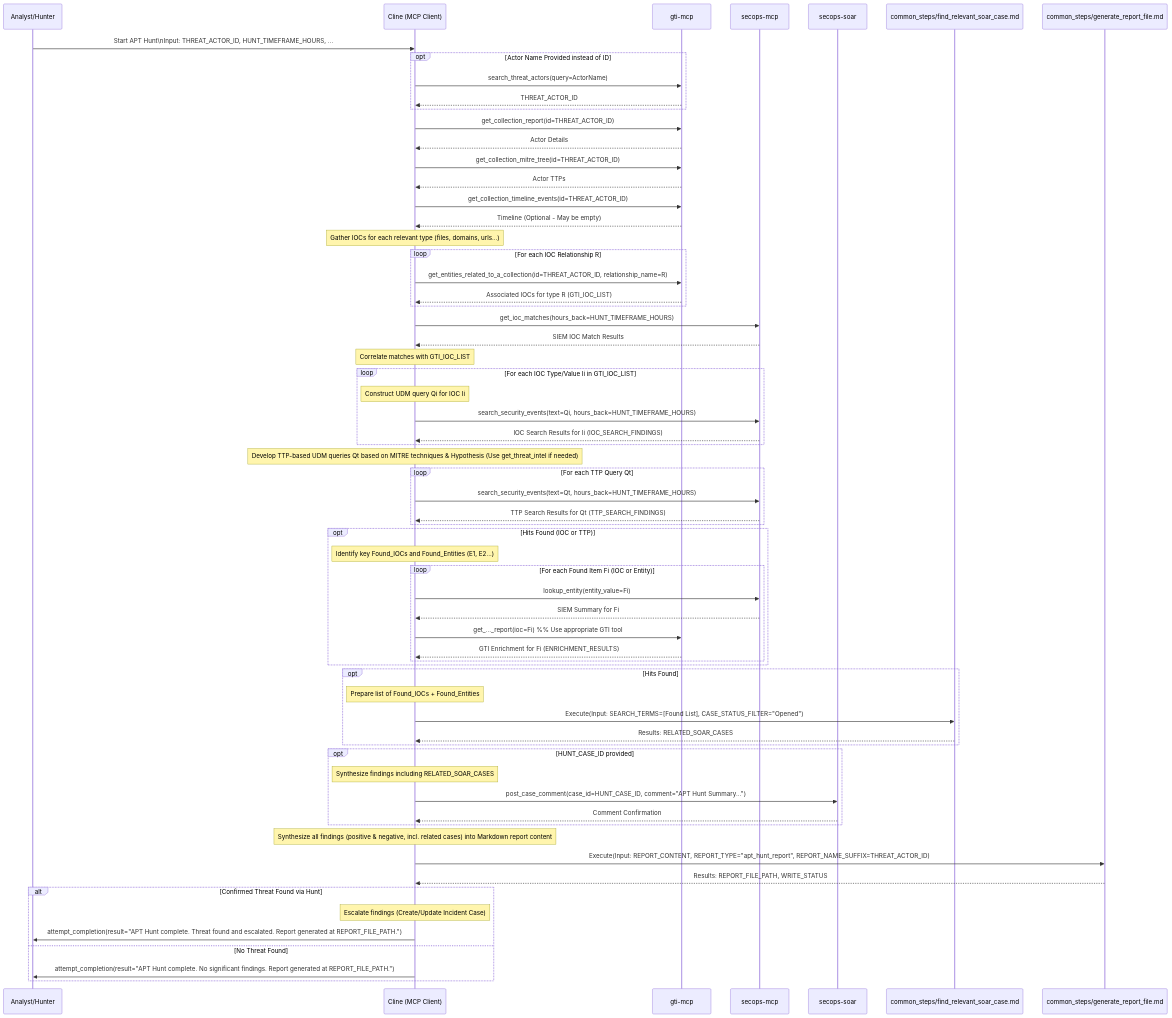
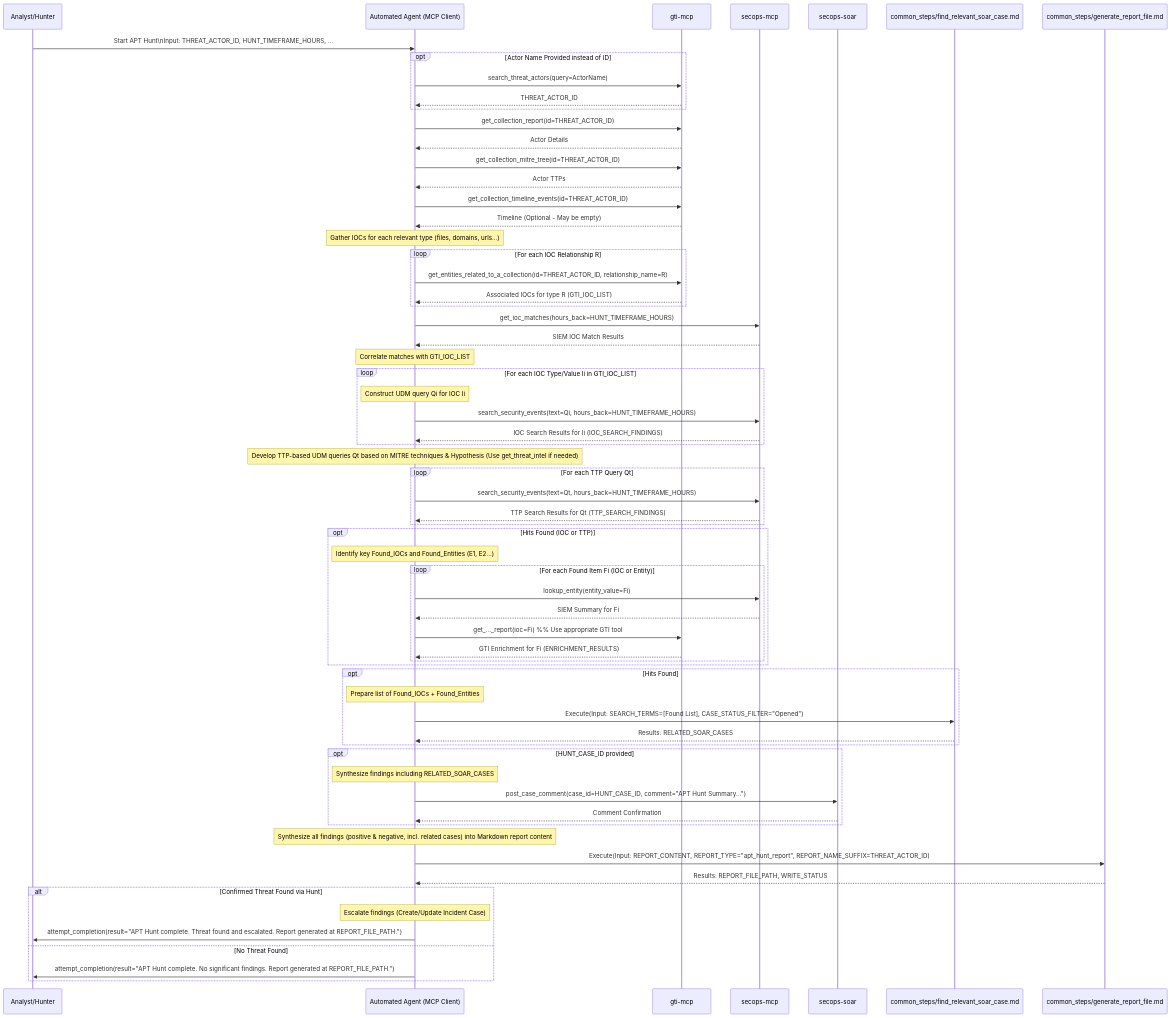
The diagram in rules-bank/run_books/apt_threat_hunt.md (dandye/adk_runbooks), drawn with Mermaid before and after one commit. The commit also changed other lines of this file and 42 other files, not shown here.

````diff
--- a/rules-bank/run_books/apt_threat_hunt.md
+++ b/rules-bank/run_books/apt_threat_hunt.md
@@ -78,86 +78,86 @@
 ```{mermaid}
 sequenceDiagram
     participant Analyst/Hunter
-    participant Cline as Cline (MCP Client)
+    participant AutomatedAgent as Automated Agent (MCP Client)
     participant GTI as gti-mcp
     participant SIEM as secops-mcp
     participant SOAR as secops-soar
     participant FindCase as common_steps/find_relevant_soar_case.md
     participant GenerateReport as common_steps/generate_report_file.md
 
-    Analyst/Hunter->>Cline: Start APT Hunt\nInput: THREAT_ACTOR_ID, HUNT_TIMEFRAME_HOURS, ...
+    Analyst/Hunter->>AutomatedAgent: Start APT Hunt\nInput: THREAT_ACTOR_ID, HUNT_TIMEFRAME_HOURS, ...
 
     %% Step 1: Intelligence Gathering
     opt Actor Name Provided instead of ID
-        Cline->>GTI: search_threat_actors(query=ActorName)
-        GTI-->>Cline: THREAT_ACTOR_ID
+        AutomatedAgent->>GTI: search_threat_actors(query=ActorName)
+        GTI-->>AutomatedAgent: THREAT_ACTOR_ID
     end
-    Cline->>GTI: get_collection_report(id=THREAT_ACTOR_ID)
-    GTI-->>Cline: Actor Details
-    Cline->>GTI: get_collection_mitre_tree(id=THREAT_ACTOR_ID)
-    GTI-->>Cline: Actor TTPs
-    Cline->>GTI: get_collection_timeline_events(id=THREAT_ACTOR_ID)
-    GTI-->>Cline: Timeline (Optional - May be empty)
-    Note over Cline: Gather IOCs for each relevant type (files, domains, urls...)
+    AutomatedAgent->>GTI: get_collection_report(id=THREAT_ACTOR_ID)
+    GTI-->>AutomatedAgent: Actor Details
+    AutomatedAgent->>GTI: get_collection_mitre_tree(id=THREAT_ACTOR_ID)
+    GTI-->>AutomatedAgent: Actor TTPs
+    AutomatedAgent->>GTI: get_collection_timeline_events(id=THREAT_ACTOR_ID)
+    GTI-->>AutomatedAgent: Timeline (Optional - May be empty)
+    Note over AutomatedAgent: Gather IOCs for each relevant type (files, domains, urls...)
     loop For each IOC Relationship R
-        Cline->>GTI: get_entities_related_to_a_collection(id=THREAT_ACTOR_ID, relationship_name=R)
-        GTI-->>Cline: Associated IOCs for type R (GTI_IOC_LIST)
+        AutomatedAgent->>GTI: get_entities_related_to_a_collection(id=THREAT_ACTOR_ID, relationship_name=R)
+        GTI-->>AutomatedAgent: Associated IOCs for type R (GTI_IOC_LIST)
     end
 
     %% Step 2: Check SIEM IOC Matches
-    Cline->>SIEM: get_ioc_matches(hours_back=HUNT_TIMEFRAME_HOURS)
-    SIEM-->>Cline: SIEM IOC Match Results
-    Note over Cline: Correlate matches with GTI_IOC_LIST
+    AutomatedAgent->>SIEM: get_ioc_matches(hours_back=HUNT_TIMEFRAME_HOURS)
+    SIEM-->>AutomatedAgent: SIEM IOC Match Results
+    Note over AutomatedAgent: Correlate matches with GTI_IOC_LIST
 
     %% Step 3: IOC-Based Search (SIEM)
     loop For each IOC Type/Value Ii in GTI_IOC_LIST
-        Note over Cline: Construct UDM query Qi for IOC Ii
-        Cline->>SIEM: search_security_events(text=Qi, hours_back=HUNT_TIMEFRAME_HOURS)
-        SIEM-->>Cline: IOC Search Results for Ii (IOC_SEARCH_FINDINGS)
+        Note over AutomatedAgent: Construct UDM query Qi for IOC Ii
+        AutomatedAgent->>SIEM: search_security_events(text=Qi, hours_back=HUNT_TIMEFRAME_HOURS)
+        SIEM-->>AutomatedAgent: IOC Search Results for Ii (IOC_SEARCH_FINDINGS)
     end
 
     %% Step 4: TTP-Based Search (SIEM)
-    Note over Cline: Develop TTP-based UDM queries Qt based on MITRE techniques & Hypothesis (Use get_threat_intel if needed)
+    Note over AutomatedAgent: Develop TTP-based UDM queries Qt based on MITRE techniques & Hypothesis (Use get_threat_intel if needed)
     loop For each TTP Query Qt
-        Cline->>SIEM: search_security_events(text=Qt, hours_back=HUNT_TIMEFRAME_HOURS)
-        SIEM-->>Cline: TTP Search Results for Qt (TTP_SEARCH_FINDINGS)
+        AutomatedAgent->>SIEM: search_security_events(text=Qt, hours_back=HUNT_TIMEFRAME_HOURS)
+        SIEM-->>AutomatedAgent: TTP Search Results for Qt (TTP_SEARCH_FINDINGS)
     end
 
     %% Step 5: Enrich Findings
     opt Hits Found (IOC or TTP)
-        Note over Cline: Identify key Found_IOCs and Found_Entities (E1, E2...)
+        Note over AutomatedAgent: Identify key Found_IOCs and Found_Entities (E1, E2...)
         loop For each Found Item Fi (IOC or Entity)
-            Cline->>SIEM: lookup_entity(entity_value=Fi)
-            SIEM-->>Cline: SIEM Summary for Fi
-            Cline->>GTI: get_..._report(ioc=Fi) %% Use appropriate GTI tool
-            GTI-->>Cline: GTI Enrichment for Fi (ENRICHMENT_RESULTS)
+            AutomatedAgent->>SIEM: lookup_entity(entity_value=Fi)
+            SIEM-->>AutomatedAgent: SIEM Summary for Fi
+            AutomatedAgent->>GTI: get_..._report(ioc=Fi) %% Use appropriate GTI tool
+            GTI-->>AutomatedAgent: GTI Enrichment for Fi (ENRICHMENT_RESULTS)
         end
     end
 
     %% Step 6: Check Related SOAR Cases
     opt Hits Found
-        Note over Cline: Prepare list of Found_IOCs + Found_Entities
-        Cline->>FindCase: Execute(Input: SEARCH_TERMS=[Found List], CASE_STATUS_FILTER="Opened")
-        FindCase-->>Cline: Results: RELATED_SOAR_CASES
+        Note over AutomatedAgent: Prepare list of Found_IOCs + Found_Entities
+        AutomatedAgent->>FindCase: Execute(Input: SEARCH_TERMS=[Found List], CASE_STATUS_FILTER="Opened")
+        FindCase-->>AutomatedAgent: Results: RELATED_SOAR_CASES
     end
 
     %% Step 7: Document in SOAR (Optional)
     opt HUNT_CASE_ID provided
-        Note over Cline: Synthesize findings including RELATED_SOAR_CASES
-        Cline->>SOAR: post_case_comment(case_id=HUNT_CASE_ID, comment="APT Hunt Summary...")
-        SOAR-->>Cline: Comment Confirmation
+        Note over AutomatedAgent: Synthesize findings including RELATED_SOAR_CASES
+        AutomatedAgent->>SOAR: post_case_comment(case_id=HUNT_CASE_ID, comment="APT Hunt Summary...")
+        SOAR-->>AutomatedAgent: Comment Confirmation
     end
 
     %% Step 8: Generate Report
-    Note over Cline: Synthesize all findings (positive & negative, incl. related cases) into Markdown report content
-    Cline->>GenerateReport: Execute(Input: REPORT_CONTENT, REPORT_TYPE="apt_hunt_report", REPORT_NAME_SUFFIX=THREAT_ACTOR_ID)
-    GenerateReport-->>Cline: Results: REPORT_FILE_PATH, WRITE_STATUS
+    Note over AutomatedAgent: Synthesize all findings (positive & negative, incl. related cases) into Markdown report content
+    AutomatedAgent->>GenerateReport: Execute(Input: REPORT_CONTENT, REPORT_TYPE="apt_hunt_report", REPORT_NAME_SUFFIX=THREAT_ACTOR_ID)
+    GenerateReport-->>AutomatedAgent: Results: REPORT_FILE_PATH, WRITE_STATUS
 
     %% Step 9: Escalation/Conclusion
     alt Confirmed Threat Found via Hunt
-        Note over Cline: Escalate findings (Create/Update Incident Case)
-        Cline->>Analyst/Hunter: attempt_completion(result="APT Hunt complete. Threat found and escalated. Report generated at REPORT_FILE_PATH.")
+        Note over AutomatedAgent: Escalate findings (Create/Update Incident Case)
+        AutomatedAgent->>Analyst/Hunter: attempt_completion(result="APT Hunt complete. Threat found and escalated. Report generated at REPORT_FILE_PATH.")
     else No Threat Found
-        Cline->>Analyst/Hunter: attempt_completion(result="APT Hunt complete. No significant findings. Report generated at REPORT_FILE_PATH.")
+        AutomatedAgent->>Analyst/Hunter: attempt_completion(result="APT Hunt complete. No significant findings. Report generated at REPORT_FILE_PATH.")
     end
 ```
````
